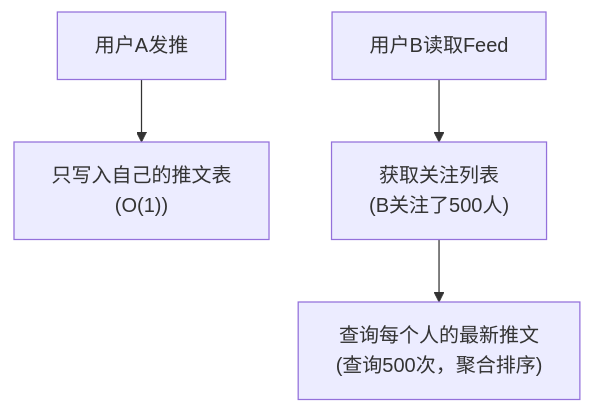
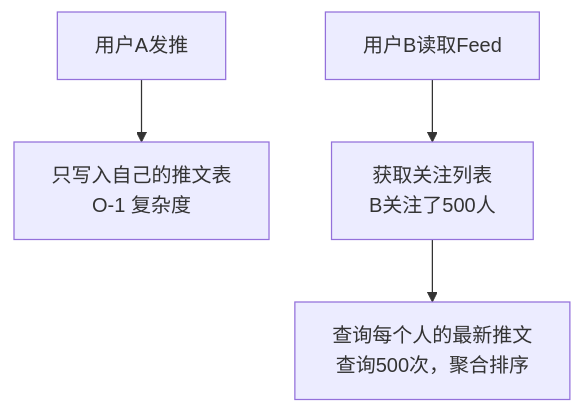
Before and after one commit to jpixy/jpixy.github.io: the third of 6 diagrams in content/articles/system-design/sd-11-新闻Feed系统设计.md, drawn with Mermaid. The commit also changed other lines of this file and 66 other files, not shown here.

Commit message:
fix: resolve Mermaid syntax errors by removing parentheses in node labels

````diff
--- a/content/articles/system-design/sd-11-新闻Feed系统设计.md
+++ b/content/articles/system-design/sd-11-新闻Feed系统设计.md
@@ -125,7 +125,7 @@
 ```mermaid
 graph TB
-    A1["用户A发推"] --> B1["只写入自己的推文表<br/>(O(1))"]
+    A1["用户A发推"] --> B1["只写入自己的推文表<br/>O-1 复杂度"]
     
-    C1["用户B读取Feed"] --> D1["获取关注列表<br/>(B关注了500人)"]
-    D1 --> E1["查询每个人的最新推文<br/>(查询500次，聚合排序)"]
+    C1["用户B读取Feed"] --> D1["获取关注列表<br/>B关注了500人"]
+    D1 --> E1["查询每个人的最新推文<br/>查询500次，聚合排序"]
 ```
````
